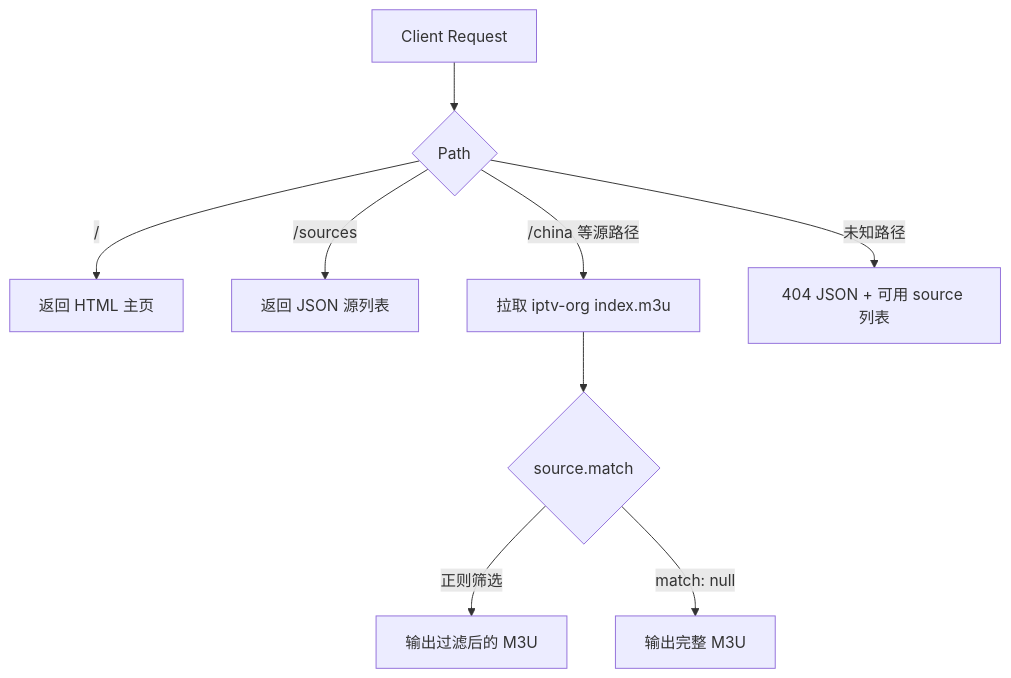
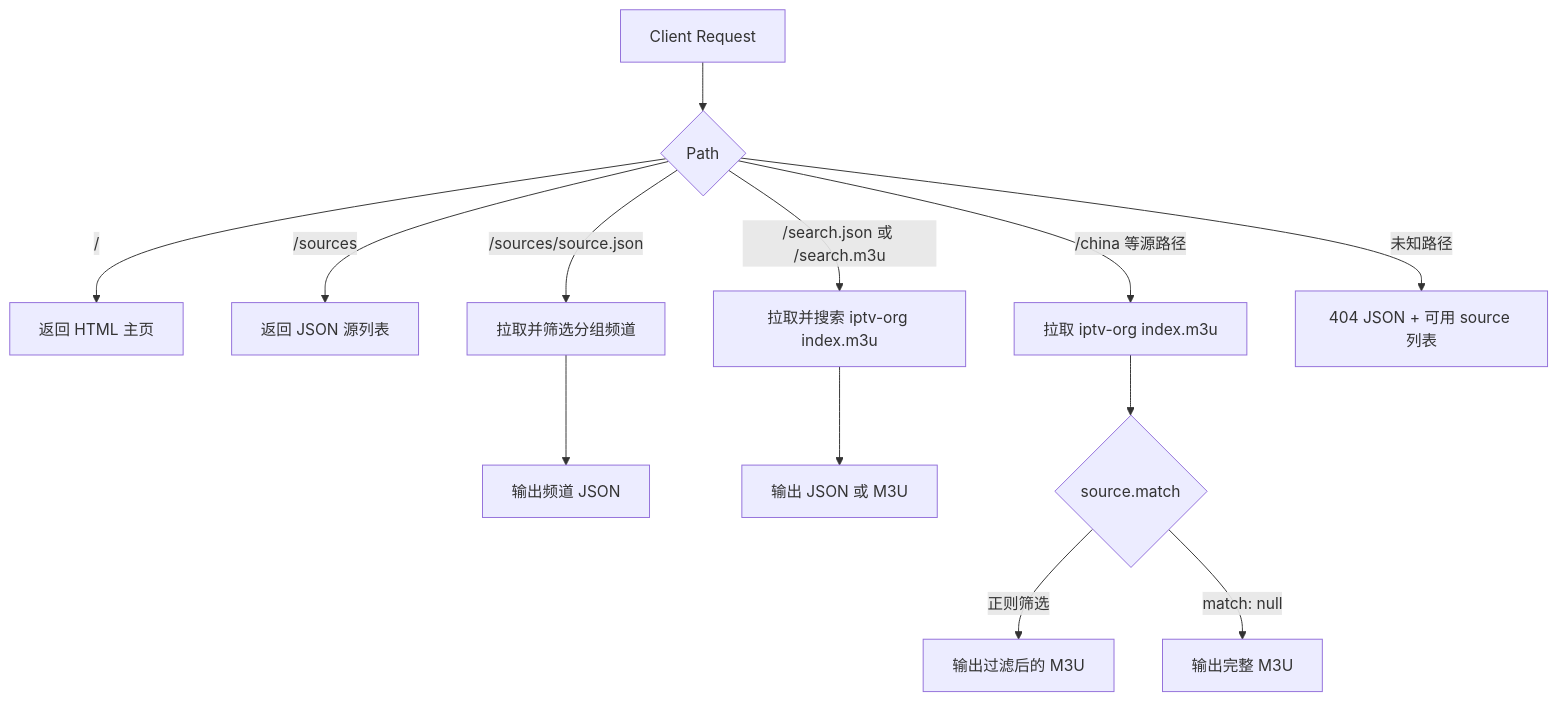
The diagram in iptv/iptv-snippet-guide.md (Ignorant12321/cf-snippets-collection), drawn with Mermaid before and after one commit. The commit also changed other lines of this file and 3 other files, not shown here.

````diff
--- a/iptv/iptv-snippet-guide.md
+++ b/iptv/iptv-snippet-guide.md
@@ -39,11 +43,15 @@
 ```mermaid
 flowchart TD
   A[Client Request] --> B{Path}
   B -->|/| C[返回 HTML 主页]
   B -->|/sources| D[返回 JSON 源列表]
+  B -->|/sources/source.json| X[拉取并筛选分组频道]
+  X --> Y[输出频道 JSON]
+  B -->|/search.json 或 /search.m3u| S[拉取并搜索 iptv-org index.m3u]
+  S --> T[输出 JSON 或 M3U]
   B -->|/china 等源路径| E[拉取 iptv-org index.m3u]
   E --> F{source.match}
   F -->|正则筛选| G[输出过滤后的 M3U]
   F -->|match: null| H[输出完整 M3U]
   B -->|未知路径| I[404 JSON + 可用 source 列表]
 ```
````
